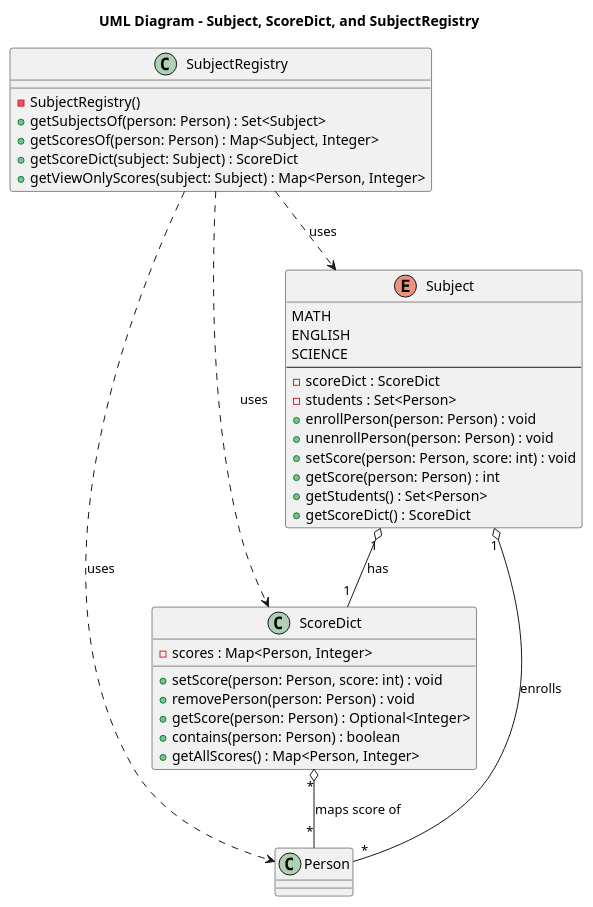
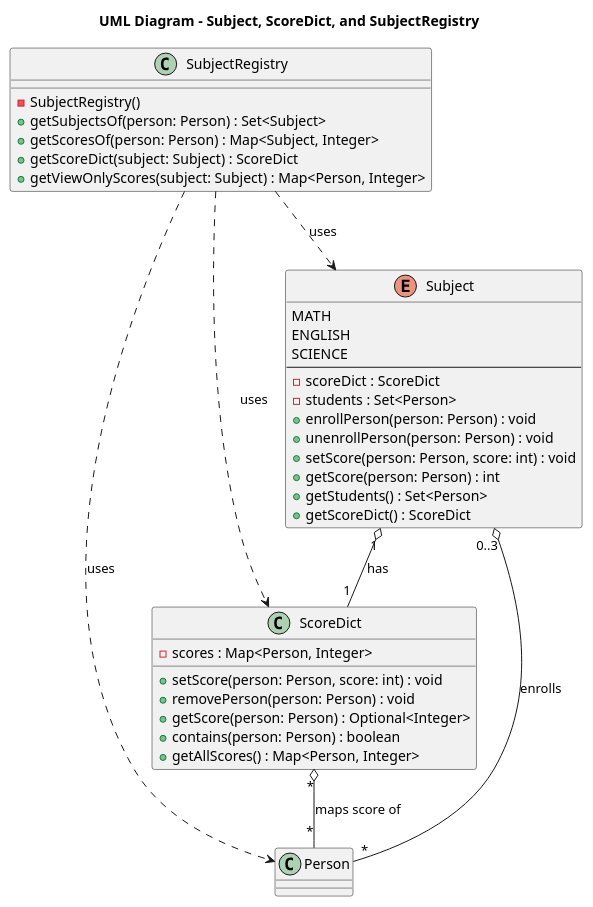
One commit to yk-tuturu/tp changed the diagram in docs/diagrams/SubjectClassDiagram.puml. Above: the diagram before and after it, drawn with PlantUML.

Commit message:
Update multiplicity for Person and Subject

```diff
--- a/docs/diagrams/SubjectClassDiagram.puml
+++ b/docs/diagrams/SubjectClassDiagram.puml
@@ -1,51 +1,51 @@
 @startuml
 title UML Diagram - Subject, ScoreDict, and SubjectRegistry
 
 ' ==== External class (referenced but not detailed) ====
 class Person {
 }
 
 ' ==== ScoreDict ====
 class ScoreDict {
     - scores : Map<Person, Integer>
     + setScore(person: Person, score: int) : void
     + removePerson(person: Person) : void
     + getScore(person: Person) : Optional<Integer>
     + contains(person: Person) : boolean
     + getAllScores() : Map<Person, Integer>
 }
 
 ' ==== Subject (enum) ====
 enum Subject {
     MATH
     ENGLISH
     SCIENCE
     --
     - scoreDict : ScoreDict
     - students : Set<Person>
     + enrollPerson(person: Person) : void
     + unenrollPerson(person: Person) : void
     + setScore(person: Person, score: int) : void
     + getScore(person: Person) : int
     + getStudents() : Set<Person>
     + getScoreDict() : ScoreDict
 }
 
 ' ==== SubjectRegistry (utility class) ====
 class SubjectRegistry {
     - SubjectRegistry()
     + getSubjectsOf(person: Person) : Set<Subject>
     + getScoresOf(person: Person) : Map<Subject, Integer>
     + getScoreDict(subject: Subject) : ScoreDict
     + getViewOnlyScores(subject: Subject) : Map<Person, Integer>
 }
 
 ' ==== Relationships ====
 SubjectRegistry ..> Subject : uses
 SubjectRegistry ..> ScoreDict : uses
 SubjectRegistry ..> Person : uses
 Subject "1" o-- "1" ScoreDict : has
-Subject "1" o-- "*" Person : enrolls
+Subject "0..3" o-- "*" Person : enrolls
 ScoreDict "*" o-- "*" Person : maps score of
 
 @enduml
```
